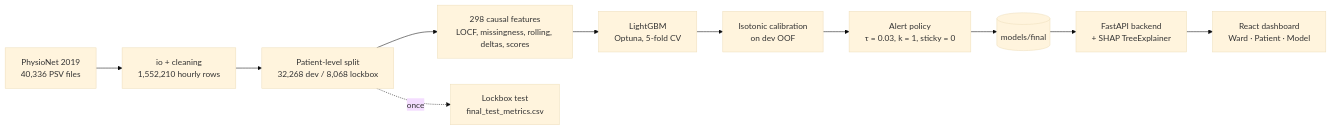
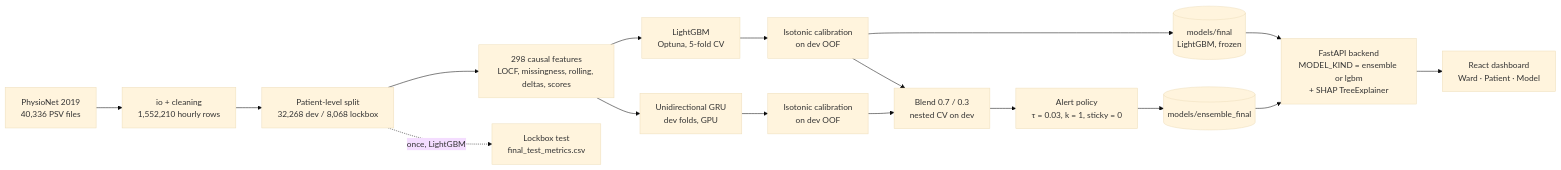
The diagram in README.md (Amaan-Surti/SepsisSentinel), drawn with Mermaid (base theme) before and after one commit. The commit also changed other lines of this file and 11 other files, not shown here.

First line of the commit message:
P9.4: docs for the served ensemble (dev-chosen, no lockbox score)

````diff
--- a/README.md
+++ b/README.md
@@ -49,13 +67,19 @@
 ```mermaid
 flowchart LR
     A[PhysioNet 2019<br/>40,336 PSV files] --> B[io + cleaning<br/>1,552,210 hourly rows]
     B --> C[Patient-level split<br/>32,268 dev / 8,068 lockbox]
     C --> D[298 causal features<br/>LOCF, missingness, rolling, deltas, scores]
     D --> E[LightGBM<br/>Optuna, 5-fold CV]
     E --> F[Isotonic calibration<br/>on dev OOF]
-    F --> G[Alert policy<br/>τ = 0.03, k = 1, sticky = 0]
-    G --> H[(models/final)]
-    H --> I[FastAPI backend<br/>+ SHAP TreeExplainer]
+    D --> E2[Unidirectional GRU<br/>dev folds, GPU]
+    E2 --> F2[Isotonic calibration<br/>on dev OOF]
+    F --> M[Blend 0.7 / 0.3<br/>nested CV on dev]
+    F2 --> M
+    M --> G[Alert policy<br/>τ = 0.03, k = 1, sticky = 0]
+    F --> H[(models/final<br/>LightGBM, frozen)]
+    G --> H2[(models/ensemble_final)]
+    H --> I[FastAPI backend<br/>MODEL_KIND = ensemble or lgbm<br/>+ SHAP TreeExplainer]
+    H2 --> I
     I --> J[React dashboard<br/>Ward · Patient · Model]
-    C -. once .-> K[Lockbox test<br/>final_test_metrics.csv]
+    C -. once, LightGBM .-> K[Lockbox test<br/>final_test_metrics.csv]
 ```
````
